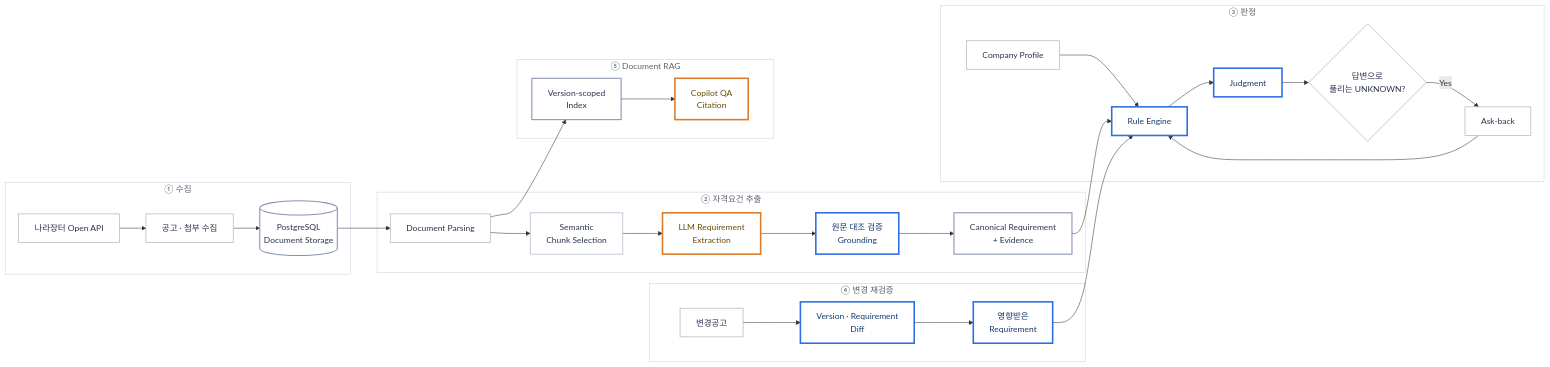
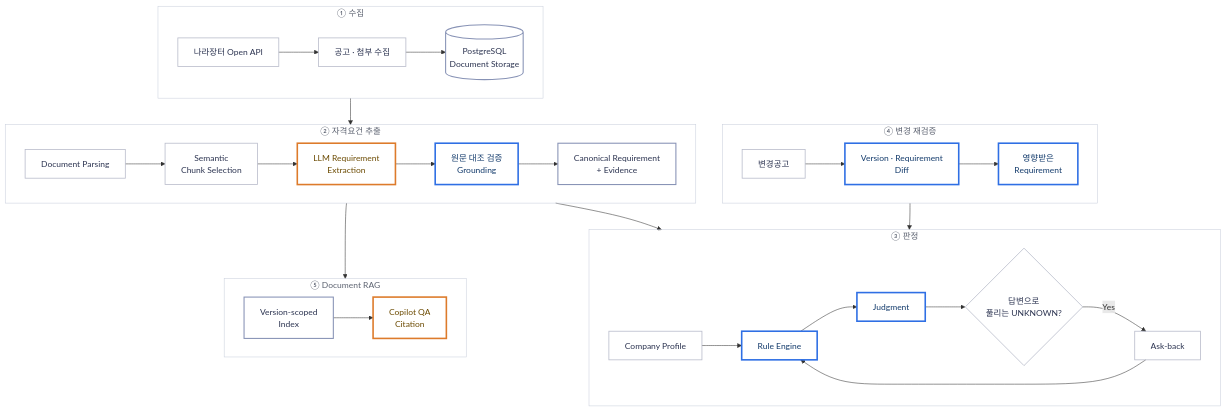
The ninth of 10 diagrams in README.md (SKNETWORKS-FAMILY-AICAMP/SKN34-3rd-4Team), drawn with Mermaid before and after one commit. The commit also changed other lines of this file, not shown here.

Commit message:
docs: ERD 색 통일, 아키텍처 다이어그램 가독성 개선, 이용안내 캡처

````diff
--- a/README.md
+++ b/README.md
@@ -631,47 +642,57 @@
 ```mermaid
-flowchart LR
+flowchart TB
     subgraph collect["① 수집"]
+        direction LR
+   
         A[나라장터 Open API] --> B[공고 · 첨부 수집]
         B --> C[(PostgreSQL<br/>Document Storage)]
     end
 
     subgraph extract["② 자격요건 추출"]
+        direction LR
+   
         D[Document Parsing] --> E[Semantic<br/>Chunk Selection]
         E --> F["LLM Requirement<br/>Extraction"]
         F --> G["원문 대조 검증<br/>Grounding"]
         G --> H[Canonical Requirement<br/>+ Evidence]
     end
 
     subgraph judge["③ 판정"]
+        direction LR
+   
         P[Company Profile] --> I[Rule Engine]
         I --> J[Judgment]
         J --> K{답변으로<br/>풀리는 UNKNOWN?}
         K -->|Yes| L[Ask-back] --> I
     end
 
     subgraph change["④ 변경 재검증"]
+        direction LR
+   
         M[변경공고] --> N[Version · Requirement<br/>Diff] --> O[영향받은<br/>Requirement]
     end
 
     subgraph rag["⑤ Document RAG"]
+        direction LR
+   
         R[Version-scoped<br/>Index] --> S["Copilot QA<br/>Citation"]
     end
 
     C --> D
     H --> I
     O --> I
     D --> R
 
     classDef core  fill:none,stroke:#2F6FE4,stroke-width:3px,color:#123A6B
     classDef llm   fill:none,stroke:#DD7B2B,stroke-width:3px,color:#6B4A00
     classDef safe  fill:none,stroke:#2E9E4F,stroke-width:2.5px,color:#0F4F39
     classDef src   fill:none,stroke:#8792B5,stroke-width:2px,color:#2B3350
     classDef plain fill:none,stroke:#B9BCCB,stroke-width:1.5px,color:#2B3350
     classDef zone  fill:none,stroke:#C9CFDC,stroke-width:1px,color:#5C6270
 
     class F,S llm
     class G,I,J,N,O core
     class C,H,R src
     class A,B,D,E,P,K,L,M plain
     class collect,extract,judge,change,rag zone
 ```
````
